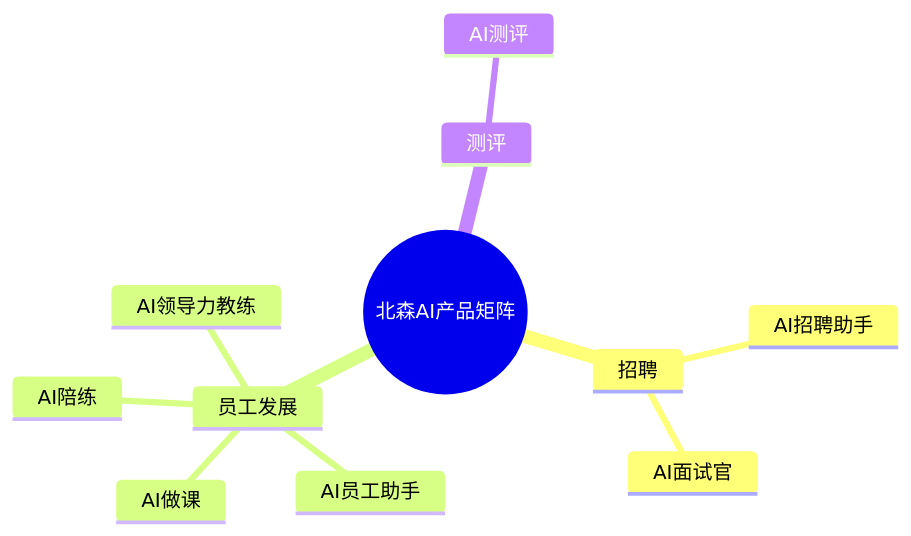
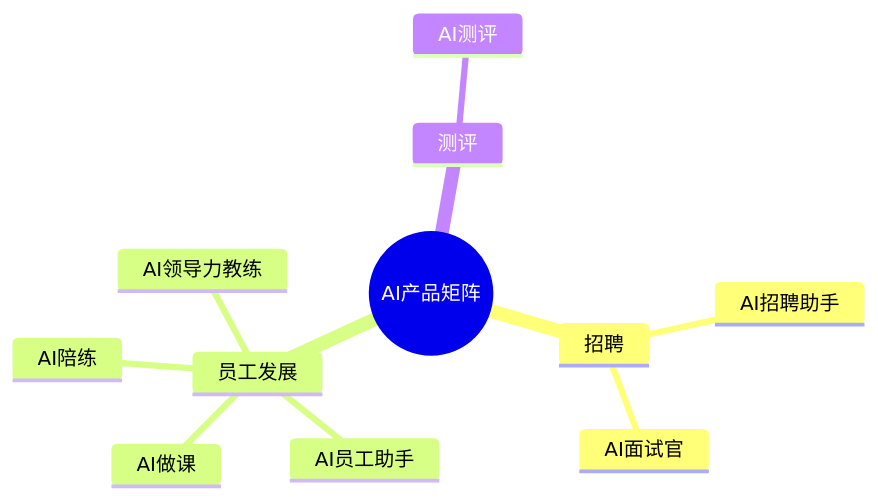
Before and after one commit to LensXiong/TechDoc: the third of 5 diagrams in 20.AIGC/AI产品.md, drawn with Mermaid. The commit also changed other lines of this file, not shown here.

````diff
--- a/20.AIGC/AI产品.md
+++ b/20.AIGC/AI产品.md
@@ -53,15 +74,15 @@
 ```mermaid
-%% 3. 北森AI产品矩阵
+%% 3. AI产品矩阵
 mindmap
-  root((北森AI产品矩阵))
+  root((AI产品矩阵))
     招聘
       AI招聘助手
       AI面试官
     员工发展
       AI员工助手
       AI做课
       AI陪练
       AI领导力教练
     测评
       AI测评
 ```
````
